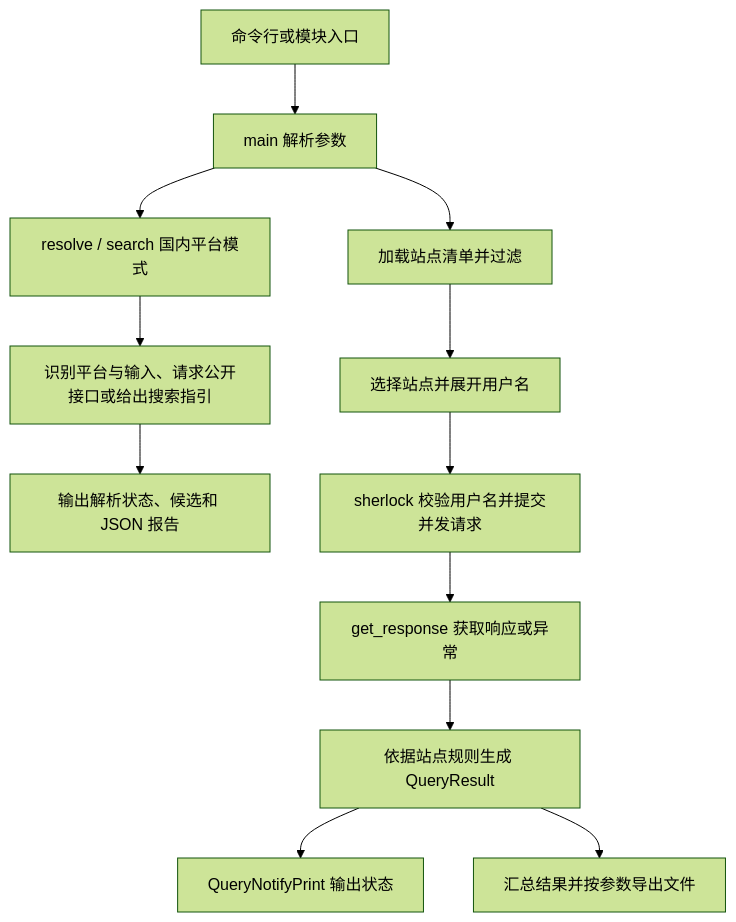
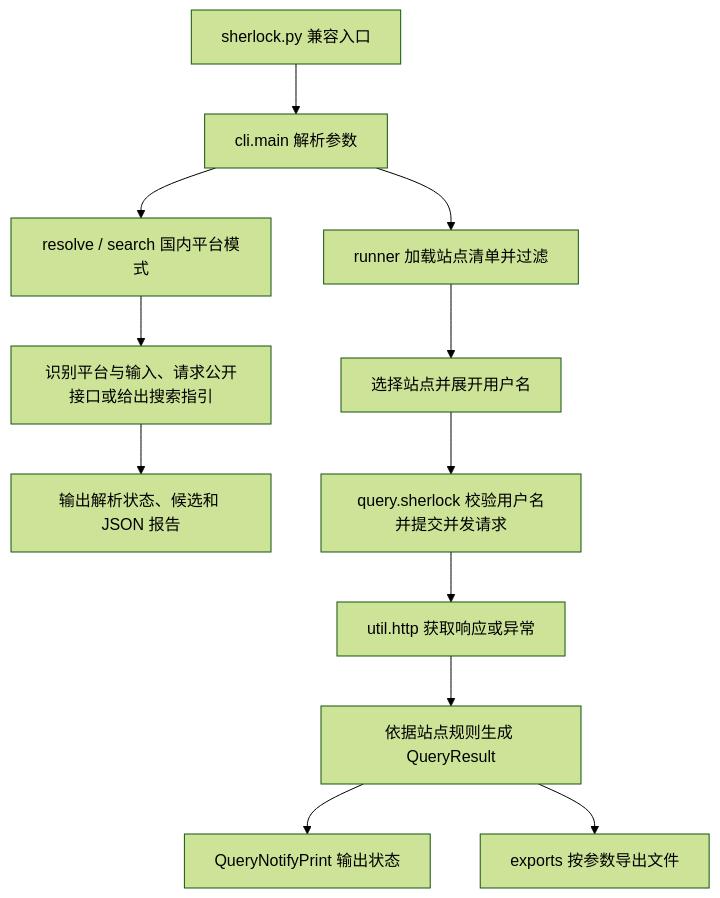
The diagram in README.md (calm195/sherlock), drawn with Mermaid (forest theme) before and after one commit. The commit also changed other lines of this file and 19 other files, not shown here.

````diff
--- a/README.md
+++ b/README.md
@@ -228,14 +237,14 @@
 ```mermaid
 flowchart TD
-    A[命令行或模块入口] --> B[main 解析参数]
-    B --> C[加载站点清单并过滤]
+    A[sherlock.py 兼容入口] --> B[cli.main 解析参数]
+    B --> C[runner 加载站点清单并过滤]
     B --> J[resolve / search 国内平台模式]
     J --> K[识别平台与输入、请求公开接口或给出搜索指引]
     K --> L[输出解析状态、候选和 JSON 报告]
     C --> D[选择站点并展开用户名]
-    D --> E[sherlock 校验用户名并提交并发请求]
-    E --> F[get_response 获取响应或异常]
+    D --> E[query.sherlock 校验用户名并提交并发请求]
+    E --> F[util.http 获取响应或异常]
     F --> G[依据站点规则生成 QueryResult]
     G --> H[QueryNotifyPrint 输出状态]
-    G --> I[汇总结果并按参数导出文件]
+    G --> I[exports 按参数导出文件]
 ```
````
